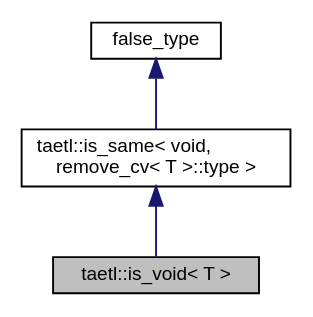
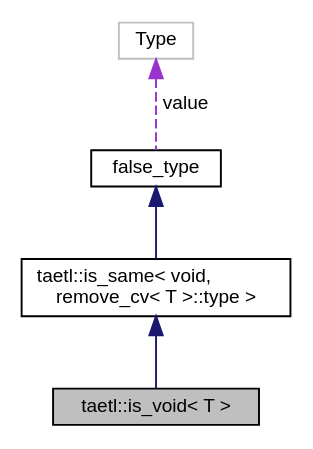
Before and after one commit to tobanteAudio/taetl: the diagram in structtaetl_1_1is__void__coll__graph.dot, drawn with Graphviz. The commit also changed 111 other files, not shown here.

```diff
--- a/structtaetl_1_1is__void__coll__graph.dot
+++ b/structtaetl_1_1is__void__coll__graph.dot
@@ -1,10 +1,12 @@
 digraph "taetl::is_void&lt; T &gt;"
 {
   edge [fontname="Helvetica",fontsize="10",labelfontname="Helvetica",labelfontsize="10"];
   node [fontname="Helvetica",fontsize="10",shape=record];
   Node3 [label="taetl::is_void\< T \>",height=0.2,width=0.4,color="black", fillcolor="grey75", style="filled", fontcolor="black"];
   Node4 -> Node3 [dir="back",color="midnightblue",fontsize="10",style="solid",fontname="Helvetica"];
   Node4 [label="taetl::is_same\< void,\l remove_cv\< T \>::type \>",height=0.2,width=0.4,color="black", fillcolor="white", style="filled",URL="$structtaetl_1_1is__same.html"];
   Node5 -> Node4 [dir="back",color="midnightblue",fontsize="10",style="solid",fontname="Helvetica"];
   Node5 [label="false_type",height=0.2,width=0.4,color="black", fillcolor="white", style="filled",URL="$structtaetl_1_1integral__constant.html"];
+  Node6 -> Node5 [dir="back",color="darkorchid3",fontsize="10",style="dashed",label=" value" ,fontname="Helvetica"];
+  Node6 [label="Type",height=0.2,width=0.4,color="grey75", fillcolor="white", style="filled"];
 }
```
